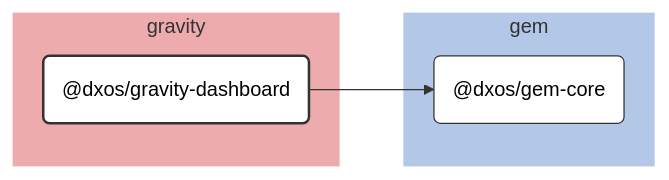
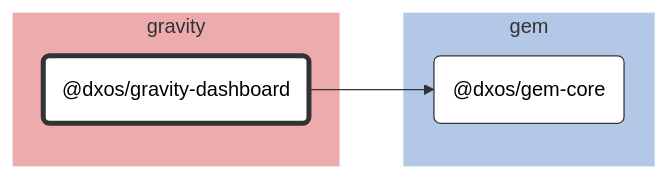
The diagram in packages/gravity/gravity-dashboard/docs/README.md (dxos/dxos), drawn with Mermaid (neutral theme) before and after one commit. The commit also changed 683 other files, not shown here.

````diff
--- a/packages/gravity/gravity-dashboard/docs/README.md
+++ b/packages/gravity/gravity-dashboard/docs/README.md
@@ -7,34 +7,27 @@
 ```mermaid
 %%{ init: {'flowchart':{'curve':'basis'}} }%%
 
 flowchart LR
 
-%% Links
-dxos/gravity-dashboard --> dxos/gem-core;
+%% Classes
+classDef def fill:#fff,stroke:#333,stroke-width:1px
+classDef root fill:#fff,stroke:#333,stroke-width:4px
 
-%% Sections
-subgraph gravity
-  style gravity fill:#edabad,stroke:#fff;
+%% Nodes
 
-  dxos/gravity-dashboard("@dxos/gravity-dashboard")
+subgraph gravity [gravity]
+  style gravity fill:#edabad,stroke:#fff
+  dxos/gravity-dashboard("@dxos/gravity-dashboard"):::root
+  click dxos/gravity-dashboard "dxos/dxos/tree/main/packages/gravity/gravity-dashboard/docs"
 end
 
-subgraph gem
-  style gem fill:#b3c7e6,stroke:#fff;
-
-  dxos/gem-core("@dxos/gem-core")
+subgraph gem [gem]
+  style gem fill:#b3c7e6,stroke:#fff
+  dxos/gem-core("@dxos/gem-core"):::def
+  click dxos/gem-core "dxos/dxos/tree/main/packages/gem/gem-core/docs"
 end
 
-
-%% Hyperlinks
-click dxos/gem-core "dxos/dxos/tree/main/packages/gem/gem-core/docs";
-
-%% Styles
-classDef rootNode fill:#fff,stroke:#333,stroke-width:2px
-classDef defaultNode fill:#fff,stroke:#333,stroke-width:1px
+%% Links
 linkStyle default stroke:#333,stroke-width:1px
-
-dxos/gravity-dashboard:::rootNode
-
-dxos/gem-core:::defaultNode
+dxos/gravity-dashboard --> dxos/gem-core
 ```
````
